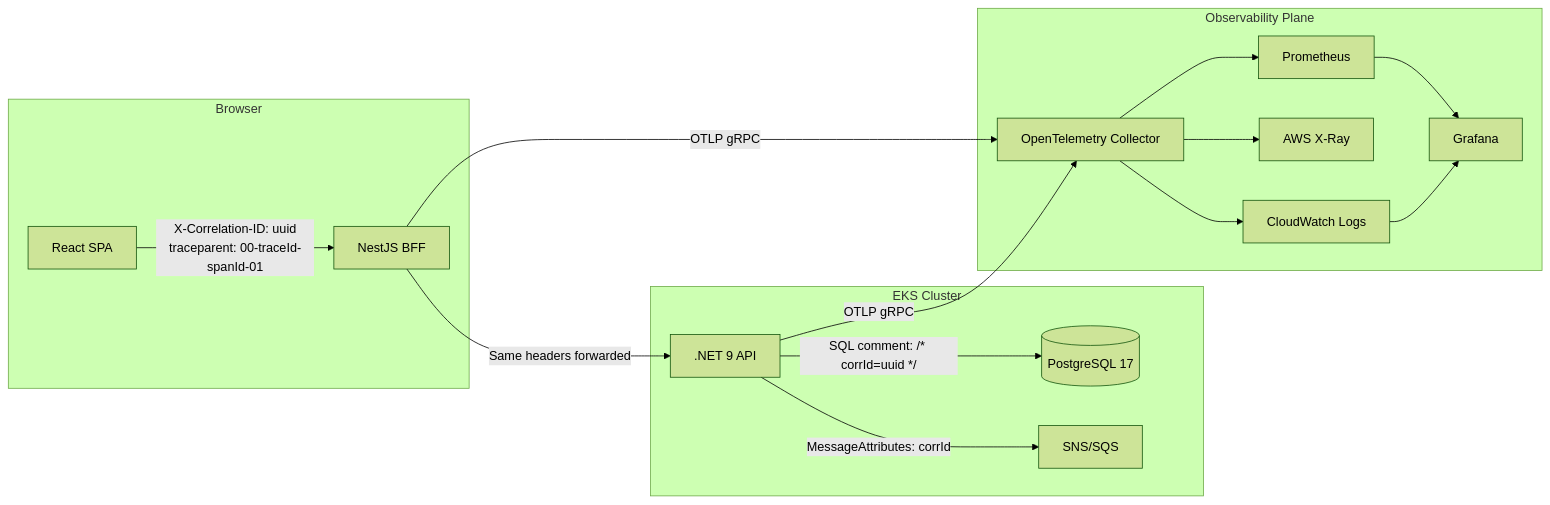
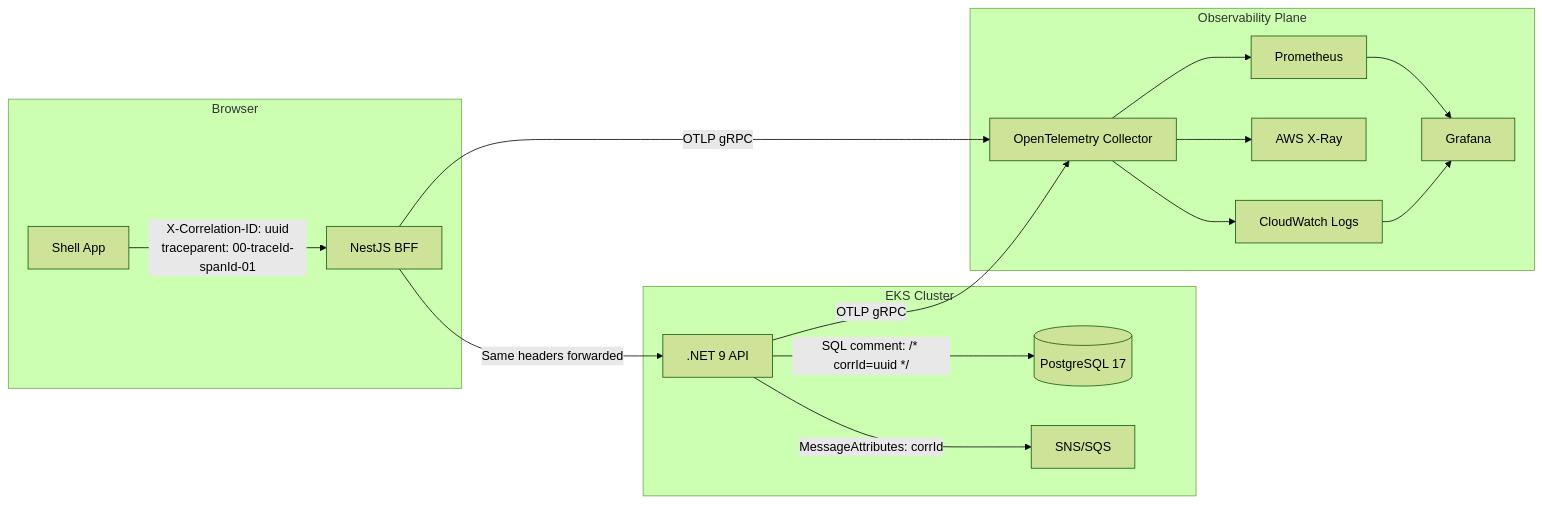
Before and after one commit to sukhesh035/employee_budget_allocation: diagram 14 of 24 in docs/superpowers/specs/2026-04-17-employee-budget-allocation-design.md, drawn with Mermaid (forest theme). The commit also changed other lines of this file and 7 other files, not shown here.

First line of the commit message:
Restructure to micro frontend architecture with Module Federation

````diff
--- a/docs/superpowers/specs/2026-04-17-employee-budget-allocation-design.md
+++ b/docs/superpowers/specs/2026-04-17-employee-budget-allocation-design.md
@@ -1316,28 +1356,28 @@
 ```mermaid
 flowchart LR
     subgraph Browser
-        A[React SPA] -->|"X-Correlation-ID: uuid\ntraceparent: 00-traceId-spanId-01"| B
+        A[Shell App] -->|"X-Correlation-ID: uuid\ntraceparent: 00-traceId-spanId-01"| B
     end
 
     subgraph EKS["EKS Cluster"]
         B[NestJS BFF] -->|"Same headers forwarded"| C[.NET 9 API]
         C -->|"SQL comment: /* corrId=uuid */"| D[(PostgreSQL 17)]
         C -->|"MessageAttributes: corrId"| E[SNS/SQS]
     end
 
     subgraph Observability["Observability Plane"]
         F[OpenTelemetry Collector]
         G[CloudWatch Logs]
         H[AWS X-Ray]
         I[Prometheus]
         J[Grafana]
     end
 
     B -->|OTLP gRPC| F
     C -->|OTLP gRPC| F
     F --> G
     F --> H
     F --> I
     I --> J
     G --> J
 ```
````
